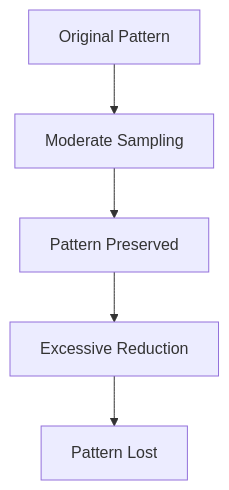
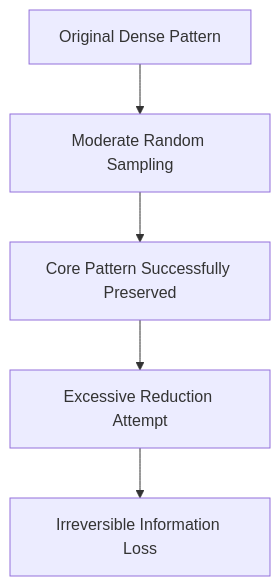
Before and after one commit to Balasubramanian-pg/MSC.-Data-Science-AI: the eighth of 8 diagrams in Trimester 1/Data Preprocessing/W06 - Data Reduction/L1/6.3. Data Sampling.md, drawn with Mermaid. The commit also changed other lines of this file, not shown here.

Commit message:
Update 6.3. Data Sampling.md

````diff
--- a/Trimester 1/Data Preprocessing/W06 - Data Reduction/L1/6.3. Data Sampling.md
+++ b/Trimester 1/Data Preprocessing/W06 - Data Reduction/L1/6.3. Data Sampling.md
@@ -600,11 +472,8 @@
 ```mermaid
 flowchart TD
-    A[Original Pattern]
-    --> B[Moderate Sampling]
-
-    B --> C[Pattern Preserved]
-
-    C --> D[Excessive Reduction]
-
-    D --> E[Pattern Lost]
+    A[Original Dense Pattern]
+    --> B[Moderate Random Sampling]
+    B --> C[Core Pattern Successfully Preserved]
+    C --> D[Excessive Reduction Attempt]
+    D --> E[Irreversible Information Loss]
 ```
````
